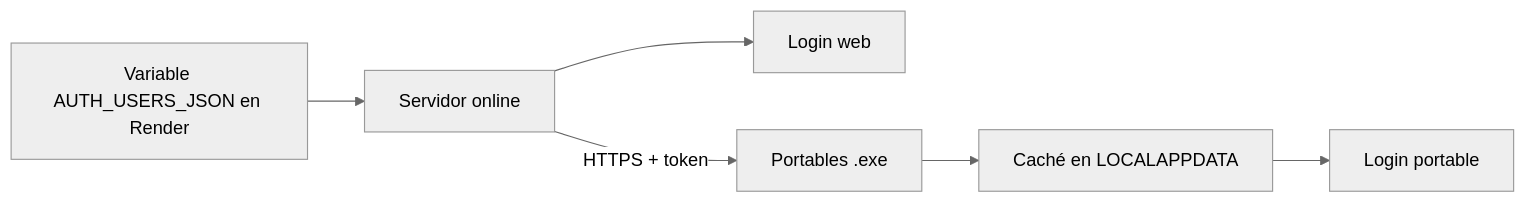
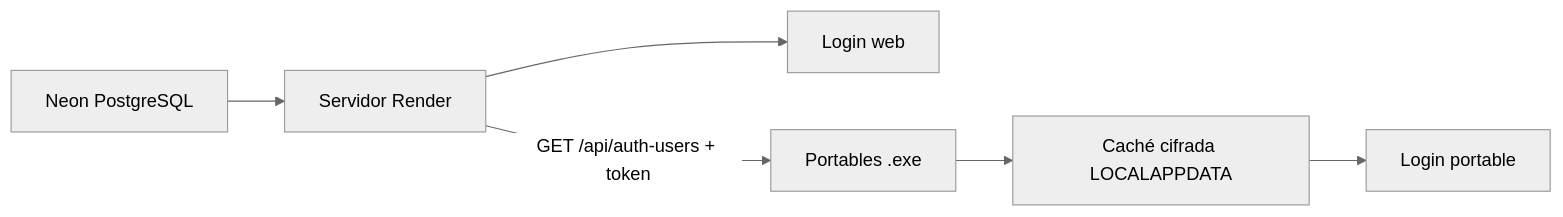
One commit to lucastissera/analisis-del-contribuyente changed the diagram in docs/AUTH_USUARIOS_NUBE.md. Above: the diagram before and after it, drawn with Mermaid (neutral theme). The commit also changed other lines of this file and 45 other files, not shown here.

````diff
--- a/docs/AUTH_USUARIOS_NUBE.md
+++ b/docs/AUTH_USUARIOS_NUBE.md
@@ -13,15 +20,8 @@
 ```mermaid
-
 flowchart LR
-
-    A[Variable AUTH_USERS_JSON en Render] --> B[Servidor online]
-
+    A[Neon PostgreSQL] --> B[Servidor Render]
     B --> C[Login web]
-
-    B -->|HTTPS + token| D[Portables .exe]
-
-    D --> E[Caché en LOCALAPPDATA]
-
+    B -->|GET /api/auth-users + token| D[Portables .exe]
+    D --> E[Caché cifrada LOCALAPPDATA]
     E --> F[Login portable]
-
 ```
````
